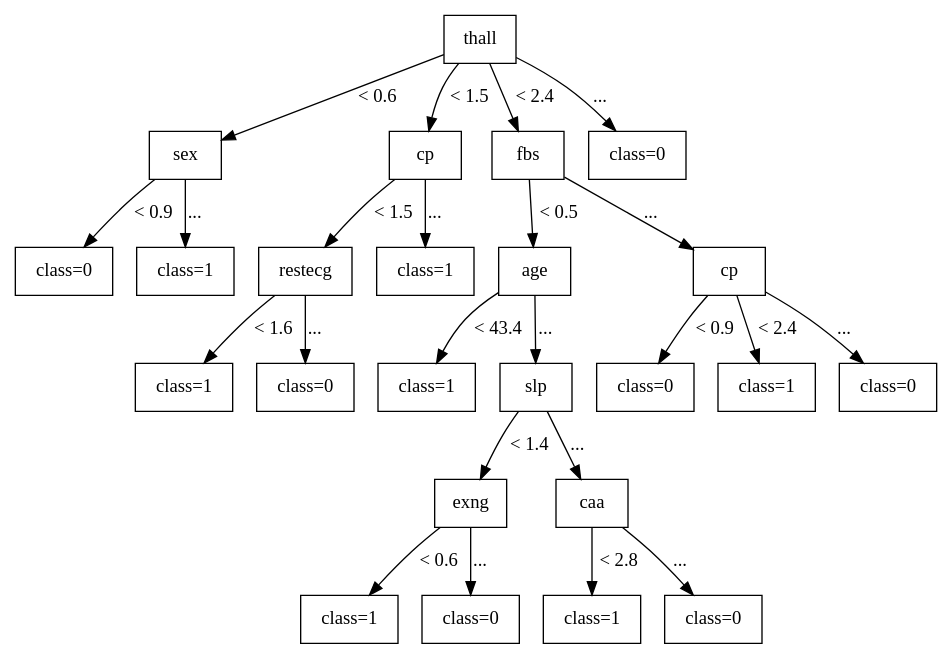
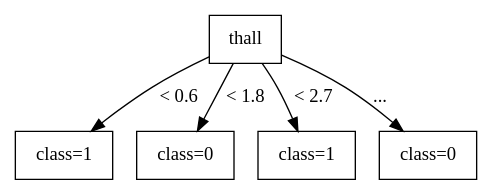
The diagram in NSSESAT_backend/new_tree.dot (TakuyaMitarai/NSSESAT_Visualizer), drawn with Graphviz before and after one commit. The commit also changed 11 other files, not shown here.

```diff
--- a/NSSESAT_backend/new_tree.dot
+++ b/NSSESAT_backend/new_tree.dot
@@ -1,63 +1,17 @@
 digraph G {
 node [shape=box];
 node [style=filled, fillcolor=white];
 
 0 [label="thall"];
 
-1 [label="sex"];
-4 [label="cp"];
-9 [label="fbs"];
-23 [label="class=0"];
+1 [label="class=1"];
+2 [label="class=0"];
+3 [label="class=1"];
+4 [label="class=0"];
 
 0 -> 1 [label="< 0.6"];
-0 -> 4 [label="< 1.5"];
-0 -> 9 [label="< 2.4"];
-0 -> 23 [label="..."];
-
-2 [label="class=0"];
-3 [label="class=1"];
-5 [label="restecg"];
-8 [label="class=1"];
-10 [label="age"];
-19 [label="cp"];
-
-1 -> 2 [label="< 0.9"];
-1 -> 3 [label="..."];
-4 -> 5 [label="< 1.5"];
-4 -> 8 [label="..."];
-9 -> 10 [label="< 0.5"];
-9 -> 19 [label="..."];
-
-6 [label="class=1"];
-7 [label="class=0"];
-11 [label="class=1"];
-12 [label="slp"];
-20 [label="class=0"];
-21 [label="class=1"];
-22 [label="class=0"];
-
-5 -> 6 [label="< 1.6"];
-5 -> 7 [label="..."];
-10 -> 11 [label="< 43.4"];
-10 -> 12 [label="..."];
-19 -> 20 [label="< 0.9"];
-19 -> 21 [label="< 2.4"];
-19 -> 22 [label="..."];
-
-13 [label="exng"];
-16 [label="caa"];
-
-12 -> 13 [label="< 1.4"];
-12 -> 16 [label="..."];
-
-14 [label="class=1"];
-15 [label="class=0"];
-17 [label="class=1"];
-18 [label="class=0"];
-
-13 -> 14 [label="< 0.6"];
-13 -> 15 [label="..."];
-16 -> 17 [label="< 2.8"];
-16 -> 18 [label="..."];
+0 -> 2 [label="< 1.8"];
+0 -> 3 [label="< 2.7"];
+0 -> 4 [label="..."];
 
 }
```
